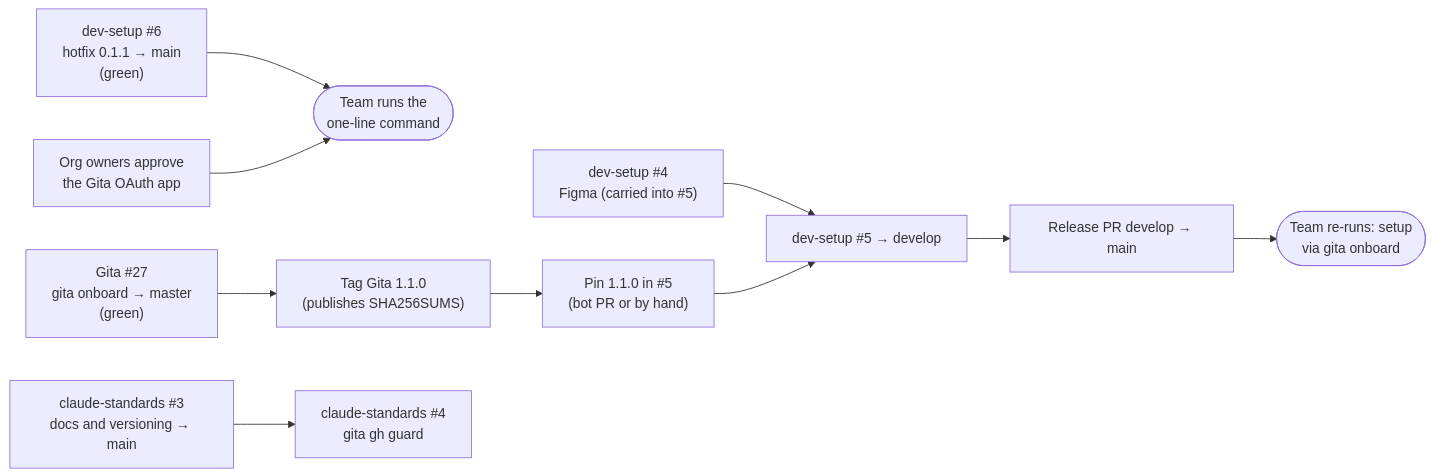
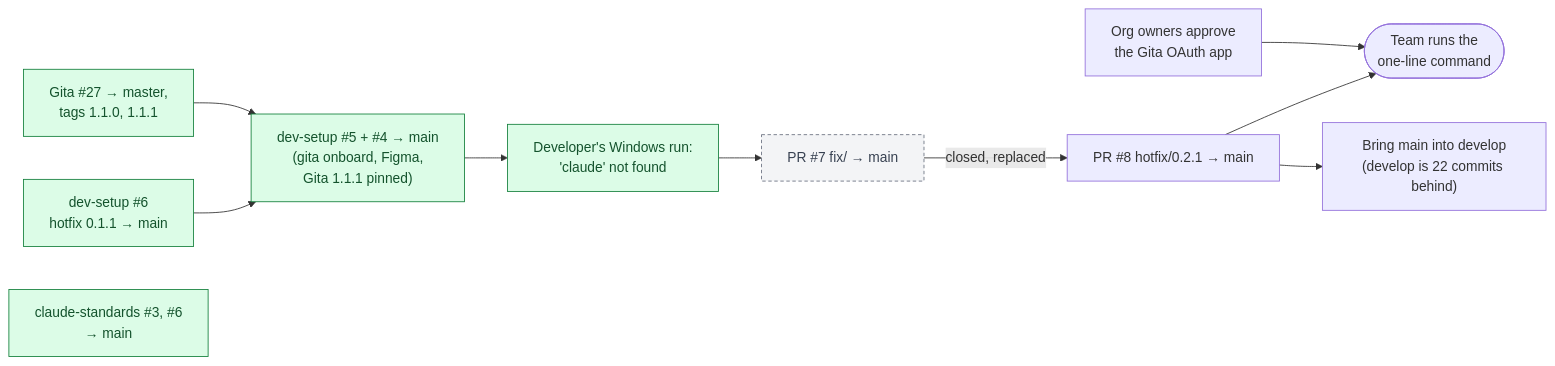
One commit to ThoughtBoxFinTechAI/dev-setup changed diagram 12 of 12 in documents/Lifecycle and process flows.md. Above: the diagram before and after it, drawn with Mermaid. The commit also changed other lines of this file and 1 other file, not shown here.

First line of the commit message:
docs(lifecycle): bring the lifecycle document up to main and hotfix 0.2.1

````diff
--- a/documents/Lifecycle and process flows.md
+++ b/documents/Lifecycle and process flows.md
@@ -425,12 +447,14 @@
 ```mermaid
 flowchart LR
-  P6["dev-setup #6<br/>hotfix 0.1.1 → main<br/>(green)"] --> TEAM(["Team runs the<br/>one-line command"])
+  P6["dev-setup #6<br/>hotfix 0.1.1 → main"]:::done --> P5
+  G27["Gita #27 → master,<br/>tags 1.1.0, 1.1.1"]:::done --> P5["dev-setup #5 + #4 → main<br/>(gita onboard, Figma,<br/>Gita 1.1.1 pinned)"]:::done
+  CS["claude-standards #3, #6<br/>→ main"]:::done
+  P5 --> RUN["Developer's Windows run:<br/>'claude' not found"]:::done
+  RUN --> P7["PR #7 fix/ → main"]:::closed
+  P7 -->|"closed, replaced"| P8["PR #8 hotfix/0.2.1 → main"]
+  P8 --> TEAM(["Team runs the<br/>one-line command"])
   APPROVE["Org owners approve<br/>the Gita OAuth app"] --> TEAM
-  G27["Gita #27<br/>gita onboard → master<br/>(green)"] --> REL["Tag Gita 1.1.0<br/>(publishes SHA256SUMS)"]
-  REL --> PIN["Pin 1.1.0 in #5<br/>(bot PR or by hand)"]
-  P4["dev-setup #4<br/>Figma (carried into #5)"] --> P5
-  PIN --> P5["dev-setup #5 → develop"]
-  P5 --> RP["Release PR develop → main"]
-  RP --> TEAM2(["Team re-runs: setup<br/>via gita onboard"])
-  C3["claude-standards #3<br/>docs and versioning → main"] --> C4["claude-standards #4<br/>gita gh guard"]
+  P8 --> DEV["Bring main into develop<br/>(develop is 22 commits behind)"]
+  classDef done fill:#dcfce7,stroke:#15803d,color:#14532d
+  classDef closed fill:#f3f4f6,stroke:#6b7280,color:#374151,stroke-dasharray:4 3
 ```
````
